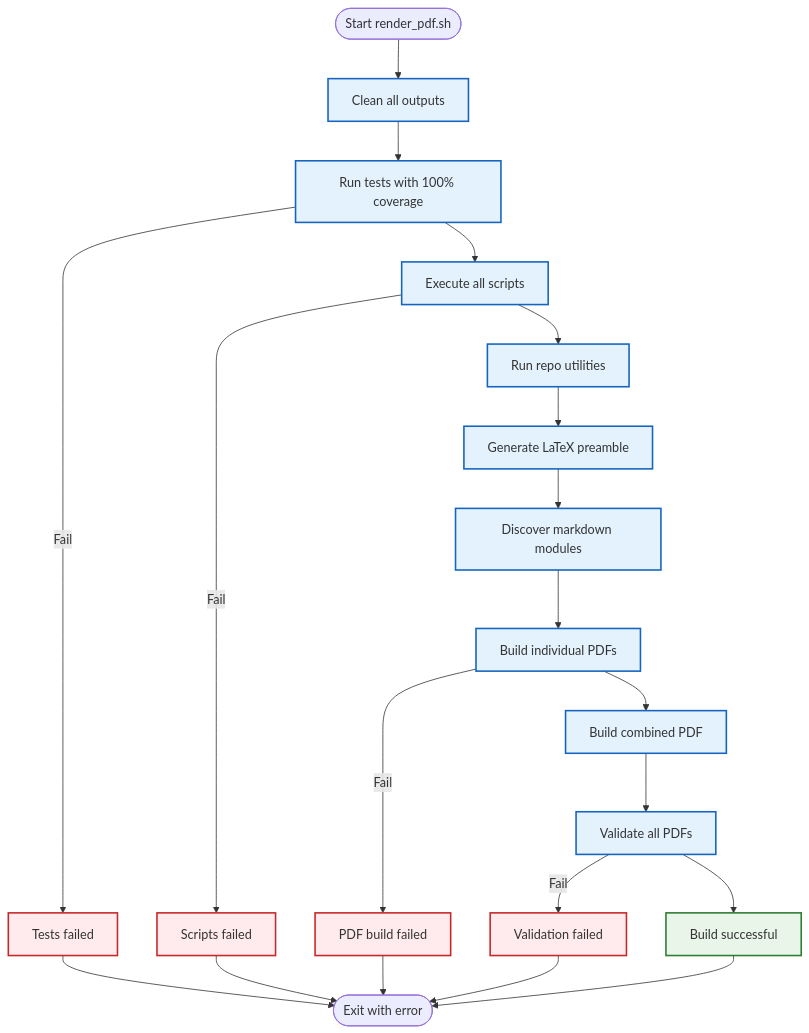
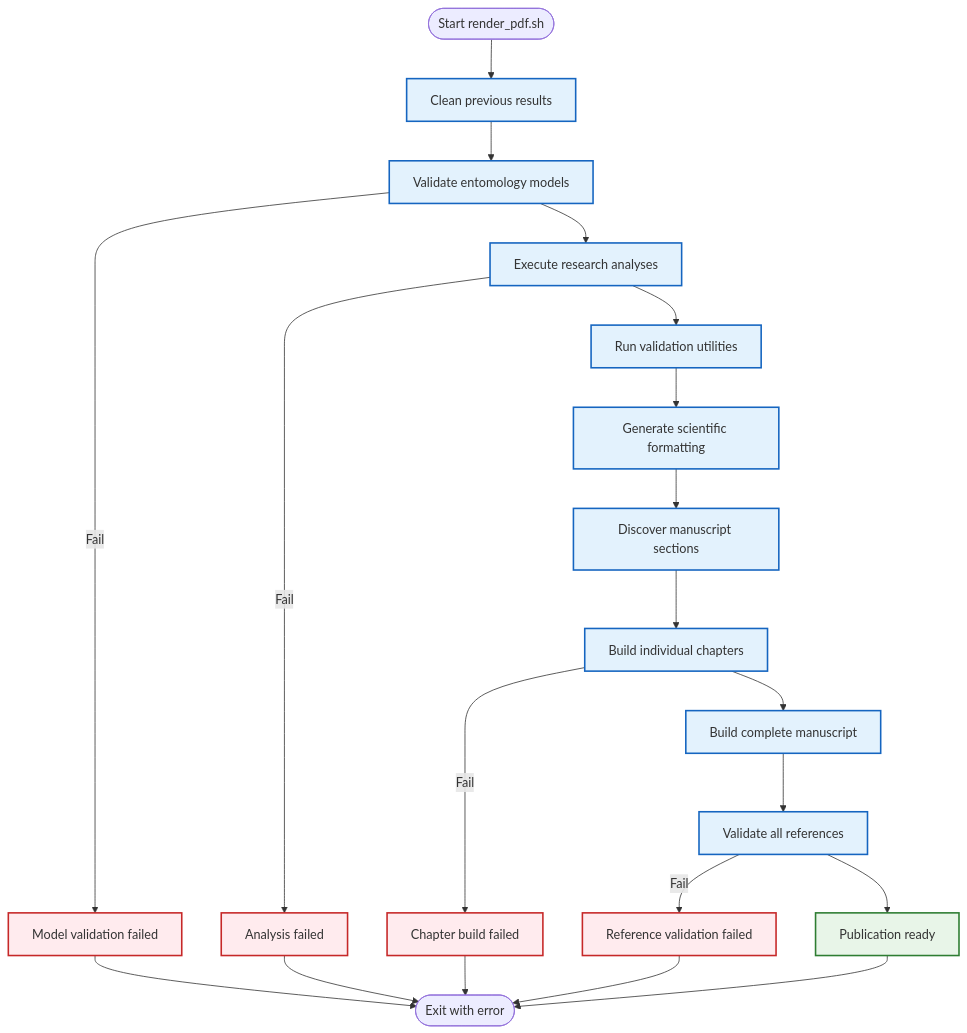
Before and after one commit to docxology/cohereants: the third of 4 diagrams in ARCHITECTURE.md, drawn with Mermaid. The commit also changed other lines of this file and 210 other files, not shown here.

````diff
--- a/ARCHITECTURE.md
+++ b/ARCHITECTURE.md
@@ -157,33 +171,33 @@
 ```mermaid
 flowchart TD
-    START([Start render_pdf.sh]) --> CLEAN[Clean all outputs]
-    CLEAN --> TESTS[Run tests with 100% coverage]
-    TESTS --> SCRIPTS[Execute all scripts]
-    SCRIPTS --> UTILS[Run repo utilities]
-    UTILS --> PREAMBLE[Generate LaTeX preamble]
-    PREAMBLE --> DISCOVER[Discover markdown modules]
-    DISCOVER --> BUILD_INDIV[Build individual PDFs]
-    BUILD_INDIV --> BUILD_COMB[Build combined PDF]
-    BUILD_COMB --> VALIDATE[Validate all PDFs]
-    VALIDATE --> SUCCESS[Build successful]
-    
-    TESTS -->|Fail| FAIL1[Tests failed]
-    SCRIPTS -->|Fail| FAIL2[Scripts failed]
-    BUILD_INDIV -->|Fail| FAIL3[PDF build failed]
-    VALIDATE -->|Fail| FAIL4[Validation failed]
-    
+    START([Start render_pdf.sh]) --> CLEAN[Clean previous results]
+    CLEAN --> TESTS[Validate entomology models]
+    TESTS --> ANALYSIS[Execute research analyses]
+    ANALYSIS --> UTILS[Run validation utilities]
+    UTILS --> PREAMBLE[Generate scientific formatting]
+    PREAMBLE --> DISCOVER[Discover manuscript sections]
+    DISCOVER --> BUILD_INDIV[Build individual chapters]
+    BUILD_INDIV --> BUILD_COMB[Build complete manuscript]
+    BUILD_COMB --> VALIDATE[Validate all references]
+    VALIDATE --> SUCCESS[Publication ready]
+
+    TESTS -->|Fail| FAIL1[Model validation failed]
+    ANALYSIS -->|Fail| FAIL2[Analysis failed]
+    BUILD_INDIV -->|Fail| FAIL3[Chapter build failed]
+    VALIDATE -->|Fail| FAIL4[Reference validation failed]
+
     FAIL1 --> END([Exit with error])
     FAIL2 --> END
     FAIL3 --> END
     FAIL4 --> END
-    
+
     SUCCESS --> END
-    
+
     classDef success fill:#e8f5e8,stroke:#2e7d32,stroke-width:2px
     classDef failure fill:#ffebee,stroke:#c62828,stroke-width:2px
     classDef process fill:#e3f2fd,stroke:#1565c0,stroke-width:2px
-    
+
     class SUCCESS success
     class FAIL1,FAIL2,FAIL3,FAIL4 failure
-    class CLEAN,TESTS,SCRIPTS,UTILS,PREAMBLE,DISCOVER,BUILD_INDIV,BUILD_COMB,VALIDATE process
+    class CLEAN,TESTS,ANALYSIS,UTILS,PREAMBLE,DISCOVER,BUILD_INDIV,BUILD_COMB,VALIDATE process
 ```
````
